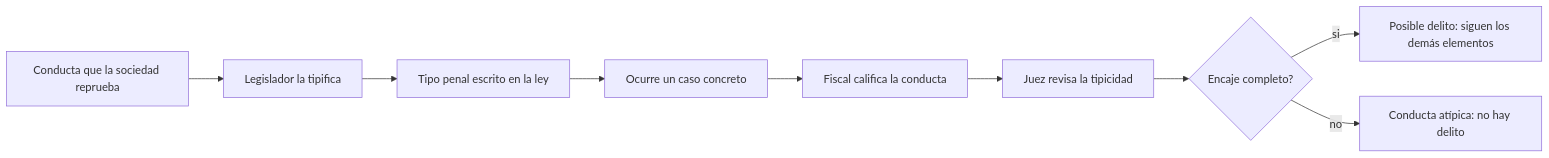
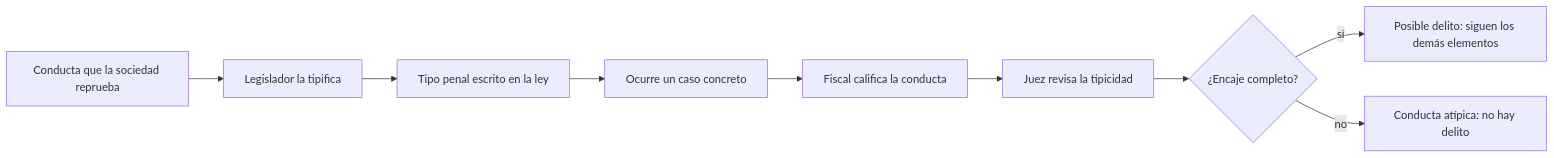
The diagram in 12-seguridad/01-introduccion/10-conductas-hechos-y-delitos.md (Raptor-Dev-Services/dev-notes), drawn with Mermaid before and after one commit.

Commit message:
docs(seguridad): ortografía en un diagrama de la nota 10 de introducción

````diff
--- a/12-seguridad/01-introduccion/10-conductas-hechos-y-delitos.md
+++ b/12-seguridad/01-introduccion/10-conductas-hechos-y-delitos.md
@@ -103,11 +103,11 @@
 ```mermaid
 flowchart LR
     A[Conducta que la sociedad reprueba] --> B[Legislador la tipifica]
     B --> C[Tipo penal escrito en la ley]
     C --> D[Ocurre un caso concreto]
     D --> E[Fiscal califica la conducta]
     E --> F[Juez revisa la tipicidad]
-    F --> G{Encaje completo?}
-    G -- si --> H[Posible delito: siguen los demás elementos]
+    F --> G{¿Encaje completo?}
+    G -- sí --> H[Posible delito: siguen los demás elementos]
     G -- no --> I[Conducta atípica: no hay delito]
 ```
````
